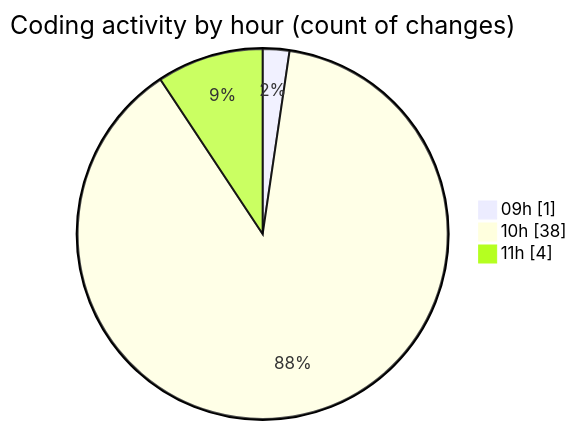
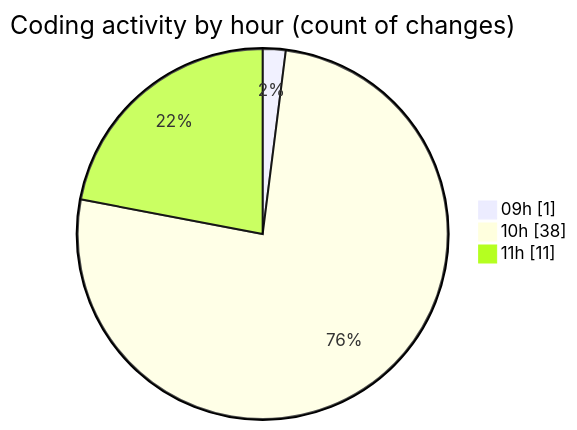
One commit to momahboobian/code-tracking changed the second of 2 diagrams in 2026-01-07/cda/README.md. Above: the diagram before and after it, drawn with Mermaid. The commit also changed other lines of this file and 1 other file, not shown here.

````diff
--- a/2026-01-07/cda/README.md
+++ b/2026-01-07/cda/README.md
@@ -46,7 +46,7 @@
 ```mermaid
 pie showData
 title Coding activity by hour (count of changes)
 "09h" : 1
 "10h" : 38
-"11h" : 4
+"11h" : 11
 ```
````
